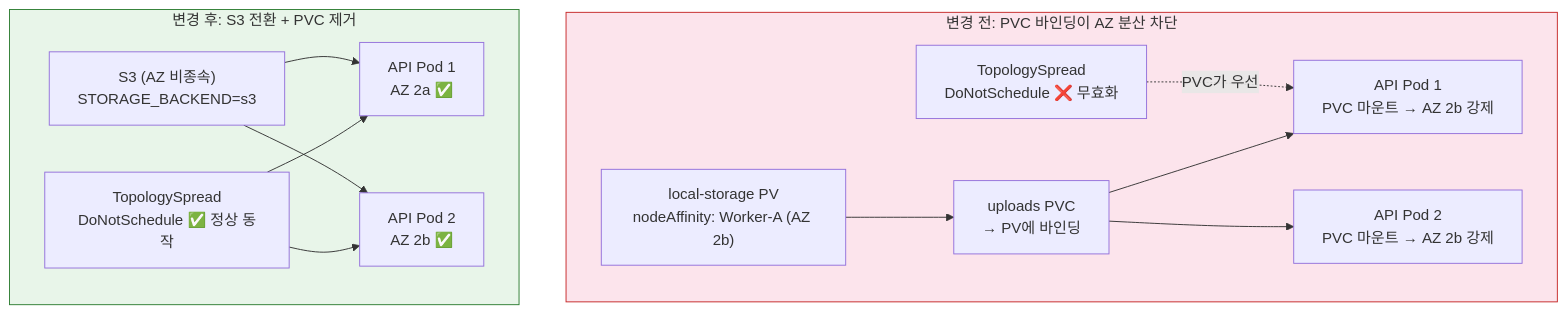
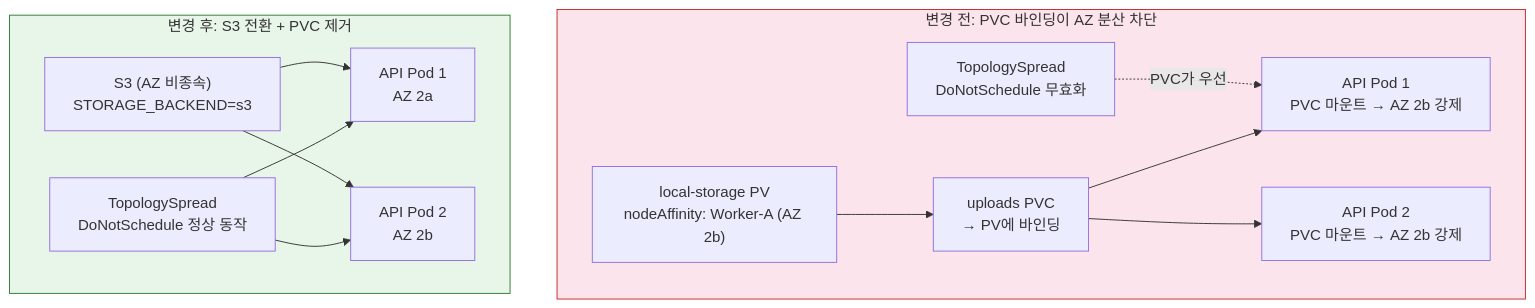
Before and after one commit to 80-hours-a-week/2-cho-community-infra: the fifth of 17 diagrams in report.md, drawn with Mermaid. The commit also changed other lines of this file and 1 other file, not shown here.

````diff
--- a/report.md
+++ b/report.md
@@ -286,30 +286,30 @@
 ```mermaid
 flowchart TD
     subgraph Before["변경 전: PVC 바인딩이 AZ 분산 차단"]
         PV["local-storage PV<br/>nodeAffinity: Worker-A (AZ 2b)"]
         PVC["uploads PVC<br/>→ PV에 바인딩"]
         API1_Old["API Pod 1<br/>PVC 마운트 → AZ 2b 강제"]
         API2_Old["API Pod 2<br/>PVC 마운트 → AZ 2b 강제"]
-        TSC_Old["TopologySpread<br/>DoNotSchedule ❌ 무효화"]
+        TSC_Old["TopologySpread<br/>DoNotSchedule 무효화"]
 
         PV --> PVC
         PVC --> API1_Old
         PVC --> API2_Old
         TSC_Old -.->|"PVC가 우선"| API1_Old
     end
 
     subgraph After["변경 후: S3 전환 + PVC 제거"]
         S3["S3 (AZ 비종속)<br/>STORAGE_BACKEND=s3"]
-        API1_New["API Pod 1<br/>AZ 2a ✅"]
-        API2_New["API Pod 2<br/>AZ 2b ✅"]
-        TSC_New["TopologySpread<br/>DoNotSchedule ✅ 정상 동작"]
+        API1_New["API Pod 1<br/>AZ 2a"]
+        API2_New["API Pod 2<br/>AZ 2b"]
+        TSC_New["TopologySpread<br/>DoNotSchedule 정상 동작"]
 
         S3 --> API1_New
         S3 --> API2_New
         TSC_New --> API1_New
         TSC_New --> API2_New
     end
 
     style Before fill:#fce4ec,stroke:#c62828
     style After fill:#e8f5e9,stroke:#2e7d32
 ```
````
